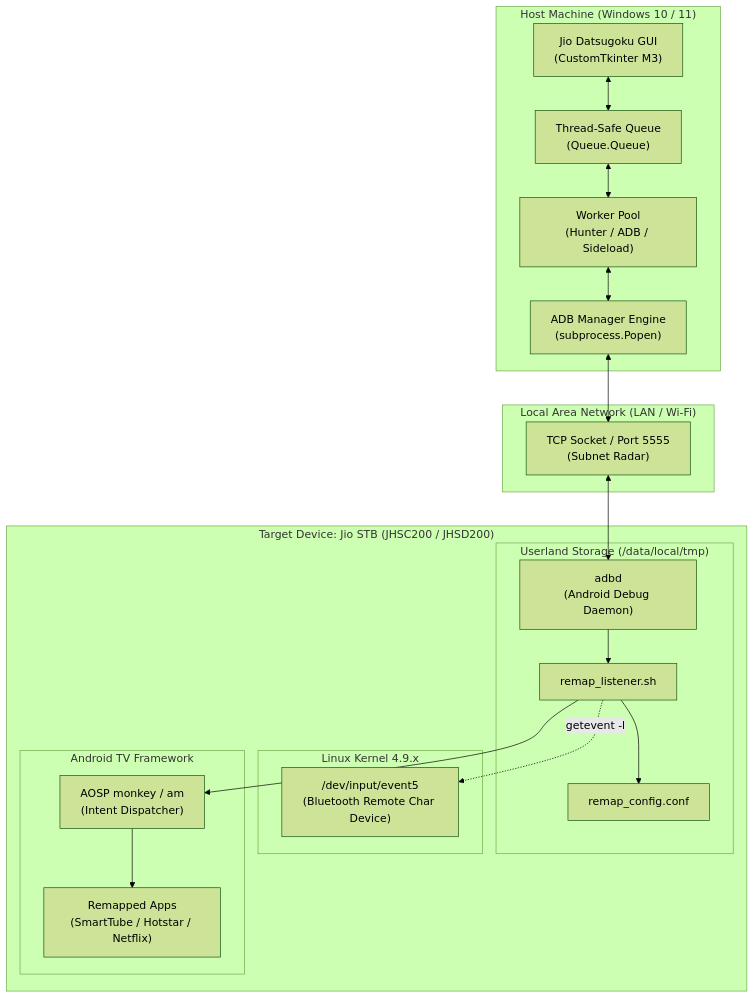
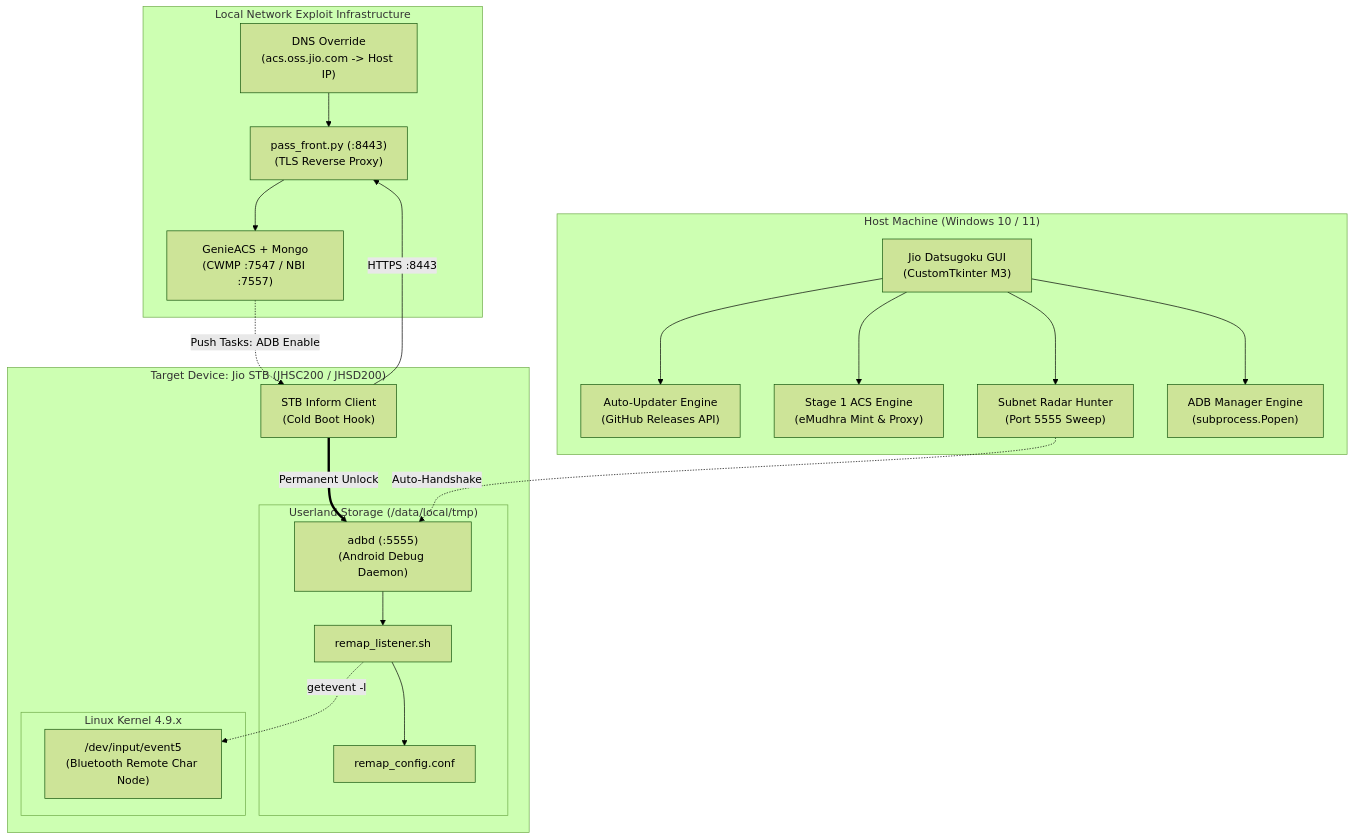
Before and after one commit to RookieEnough/Datsugoku-GUI: the diagram in README.md, drawn with Mermaid (forest theme). The commit also changed other lines of this file and 3 other files, not shown here.

Commit message:
feat: complete Day 0 ACS exploit pipeline, in-app boot auto-updater, and developer support links

````diff
--- a/README.md
+++ b/README.md
@@ -133,40 +157,46 @@
 ```mermaid
 flowchart TD
     subgraph Host["Host Machine (Windows 10 / 11)"]
         UI["Jio Datsugoku GUI\n(CustomTkinter M3)"]
-        Queue["Thread-Safe Queue\n(Queue.Queue)"]
-        Workers["Worker Pool\n(Hunter / ADB / Sideload)"]
+        Updater["Auto-Updater Engine\n(GitHub Releases API)"]
+        Exploit["Stage 1 ACS Engine\n(eMudhra Mint & Proxy)"]
+        Hunter["Subnet Radar Hunter\n(Port 5555 Sweep)"]
         ADB["ADB Manager Engine\n(subprocess.Popen)"]
-        UI <--> Queue
-        Queue <--> Workers
-        Workers <--> ADB
+        
+        UI --> Updater
+        UI --> Exploit
+        UI --> Hunter
+        UI --> ADB
     end
 
-    subgraph Network["Local Area Network (LAN / Wi-Fi)"]
-        TCP["TCP Socket / Port 5555\n(Subnet Radar)"]
-        ADB <--> TCP
+    subgraph ExploitInfra["Local Network Exploit Infrastructure"]
+        DNS["DNS Override\n(acs.oss.jio.com -> Host IP)"]
+        Proxy["pass_front.py (:8443)\n(TLS Reverse Proxy)"]
+        Genie["GenieACS + Mongo\n(CWMP :7547 / NBI :7557)"]
+        
+        DNS --> Proxy
+        Proxy --> Genie
     end
 
     subgraph Target["Target Device: Jio STB (JHSC200 / JHSD200)"]
-        Daemon["adbd\n(Android Debug Daemon)"]
-        TCP <--> Daemon
+        CWMP["STB Inform Client\n(Cold Boot Hook)"]
+        ADBD["adbd (:5555)\n(Android Debug Daemon)"]
+        
+        CWMP -->|HTTPS :8443| Proxy
+        Genie -.->|Push Tasks: ADB Enable| CWMP
+        CWMP ==>|Permanent Unlock| ADBD
+        Hunter -.->|Auto-Handshake| ADBD
         
         subgraph Userland["Userland Storage (/data/local/tmp)"]
-            Script["remap_listener.sh"]
+            Remap["remap_listener.sh"]
             Conf["remap_config.conf"]
-            Daemon --> Script
-            Script --> Conf
+            ADBD --> Remap
+            Remap --> Conf
         end
 
         subgraph Kernel["Linux Kernel 4.9.x"]
-            Input["/dev/input/event5\n(Bluetooth Remote Char Device)"]
-            Script -.->|getevent -l| Input
-        end
-
-        subgraph Framework["Android TV Framework"]
-            Monkey["AOSP monkey / am\n(Intent Dispatcher)"]
-            Script --> Monkey
-            Monkey --> Apps["Remapped Apps\n(SmartTube / Hotstar / Netflix)"]
+            Input["/dev/input/event5\n(Bluetooth Remote Char Node)"]
+            Remap -.->|getevent -l| Input
         end
     end
 ```
````
